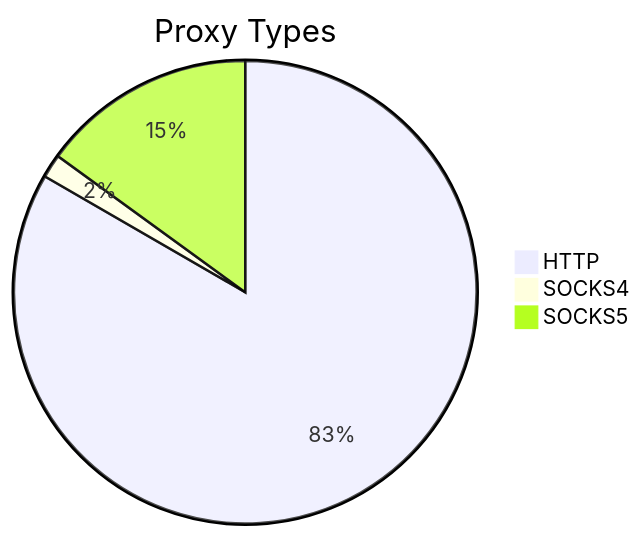
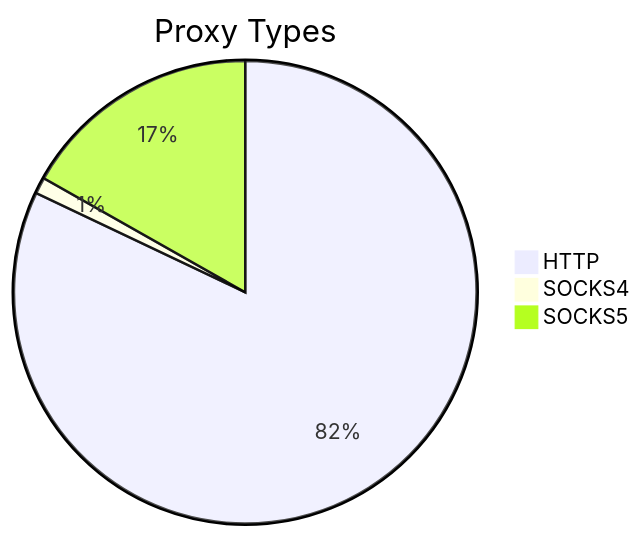
Before and after one commit to stormsia/proxy-list: the first of 2 diagrams in README.md, drawn with Mermaid. The commit also changed other lines of this file, not shown here.

````diff
--- a/README.md
+++ b/README.md
@@ -21,6 +21,6 @@
 ```mermaid
 pie title Proxy Types
-    "HTTP" : 1711
-    "SOCKS4" : 34
-    "SOCKS5" : 308
+    "HTTP" : 1714
+    "SOCKS4" : 24
+    "SOCKS5" : 351
 ```
````
